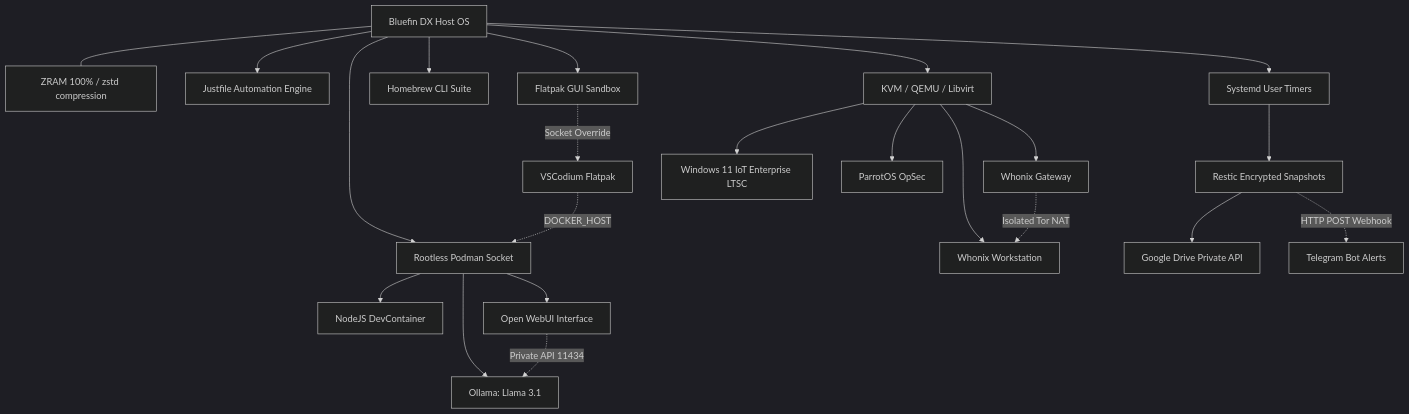
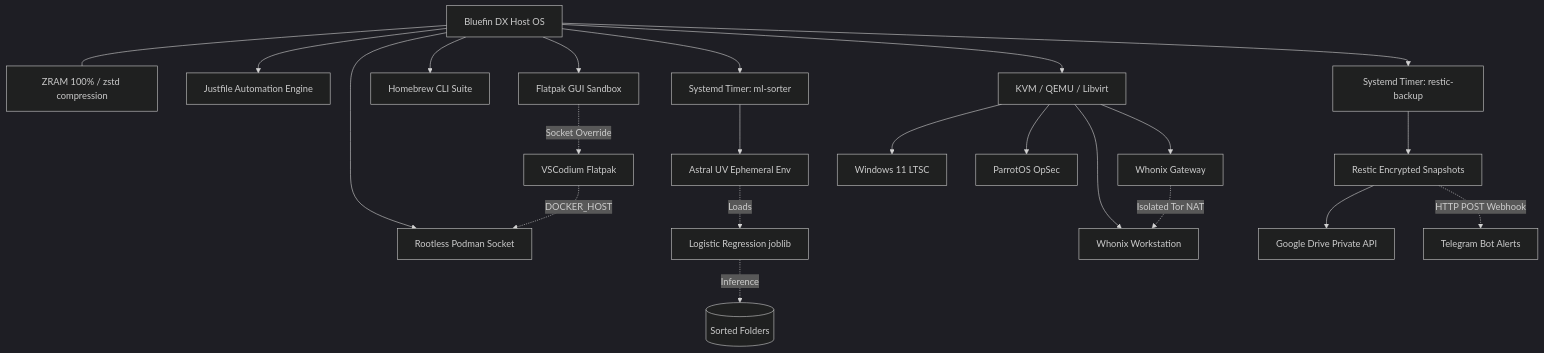
Before and after one commit to muehehe33333/mybluefin-dotfiles: the diagram in README.md, drawn with Mermaid (dark theme). The commit also changed other lines of this file and 9 other files, not shown here.

Commit message:
feat: implement zero-bloat Micro-ML sorter & update manifests

````diff
--- a/README.md
+++ b/README.md
@@ -15,56 +14,59 @@
 ```mermaid
 graph TD
     %% Base Layer
     OS[Bluefin DX Host OS]
     ZRAM[ZRAM 100% / zstd compression]
     OS --- ZRAM
     
     %% Automation & Package Management
     JUST[Justfile Automation Engine]
     OS --> JUST
     
     FLATPAK[Flatpak GUI Sandbox]
     BREW[Homebrew CLI Suite]
     OS --> FLATPAK
     OS --> BREW
     
     %% Containerized Dev Ecosystem
     PODMAN[Rootless Podman Socket]
     VSCODE[VSCodium Flatpak]
-    NODEJS[NodeJS DevContainer]
-    AI_OLLAMA[Ollama: Llama 3.1]
-    AI_WEBUI[Open WebUI Interface]
     
     OS --> PODMAN
     FLATPAK -.-> |Socket Override| VSCODE
     VSCODE -.-> |DOCKER_HOST| PODMAN
-    PODMAN --> NODEJS
-    PODMAN --> AI_OLLAMA
-    PODMAN --> AI_WEBUI
-    AI_WEBUI -.-> |Private API 11434| AI_OLLAMA
+    
+    %% Zero-Bloat Micro-ML File Sorter
+    SYSTEMD_ML[Systemd Timer: ml-sorter]
+    ASTRAL_UV[Astral UV Ephemeral Env]
+    ML_MODEL[Logistic Regression joblib]
+    
+    OS --> SYSTEMD_ML
+    SYSTEMD_ML --> ASTRAL_UV
+    ASTRAL_UV -.-> |Loads| ML_MODEL
+    ML_MODEL -.-> |Inference| TARGET_DIRS[(Sorted Folders)]
     
     %% Virtualization Lab
     KVM[KVM / QEMU / Libvirt]
     WHONIX_G[Whonix Gateway]
     WHONIX_W[Whonix Workstation]
-    WIN11[Windows 11 IoT Enterprise LTSC]
+    WIN11[Windows 11 LTSC]
     PARROT[ParrotOS OpSec]
     
     OS --> KVM
     KVM --> WHONIX_G
     KVM --> WHONIX_W
     WHONIX_G -.-> |Isolated Tor NAT| WHONIX_W
     KVM --> WIN11
     KVM --> PARROT
     
     %% Disaster Recovery
     BACKUP[Restic Encrypted Snapshots]
-    SYSTEMD[Systemd User Timers]
+    SYSTEMD_BK[Systemd Timer: restic-backup]
     GDRIVE[Google Drive Private API]
     TELEGRAM[Telegram Bot Alerts]
     
-    OS --> SYSTEMD
-    SYSTEMD --> BACKUP
+    OS --> SYSTEMD_BK
+    SYSTEMD_BK --> BACKUP
     BACKUP --> GDRIVE
     BACKUP -.-> |HTTP POST Webhook| TELEGRAM
 ```
````
